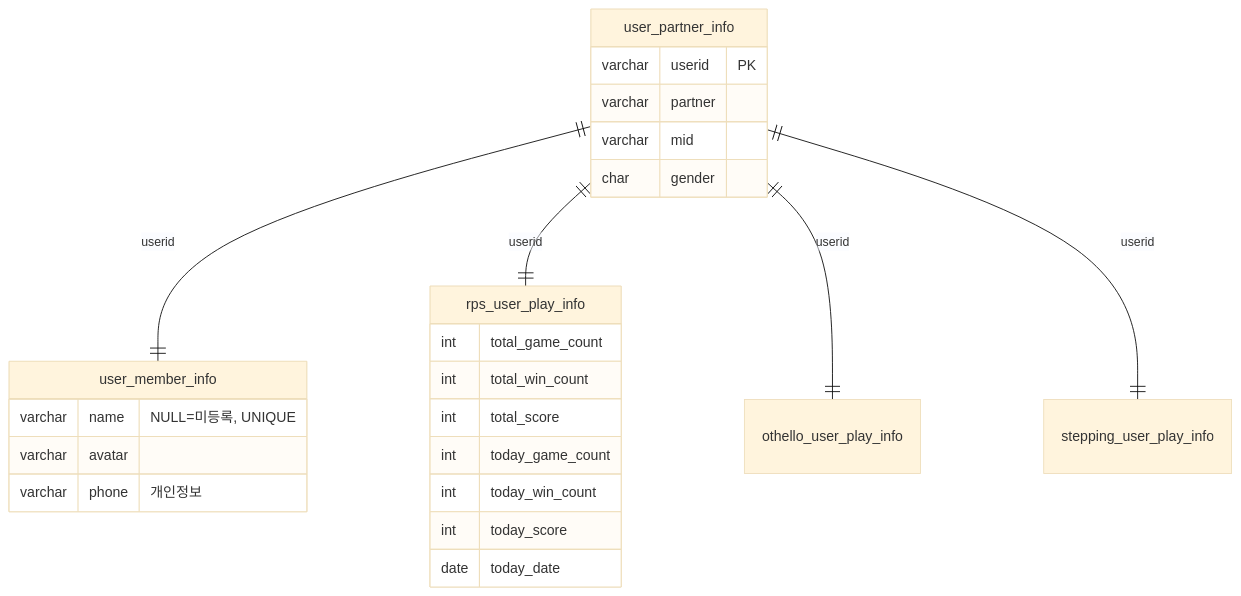
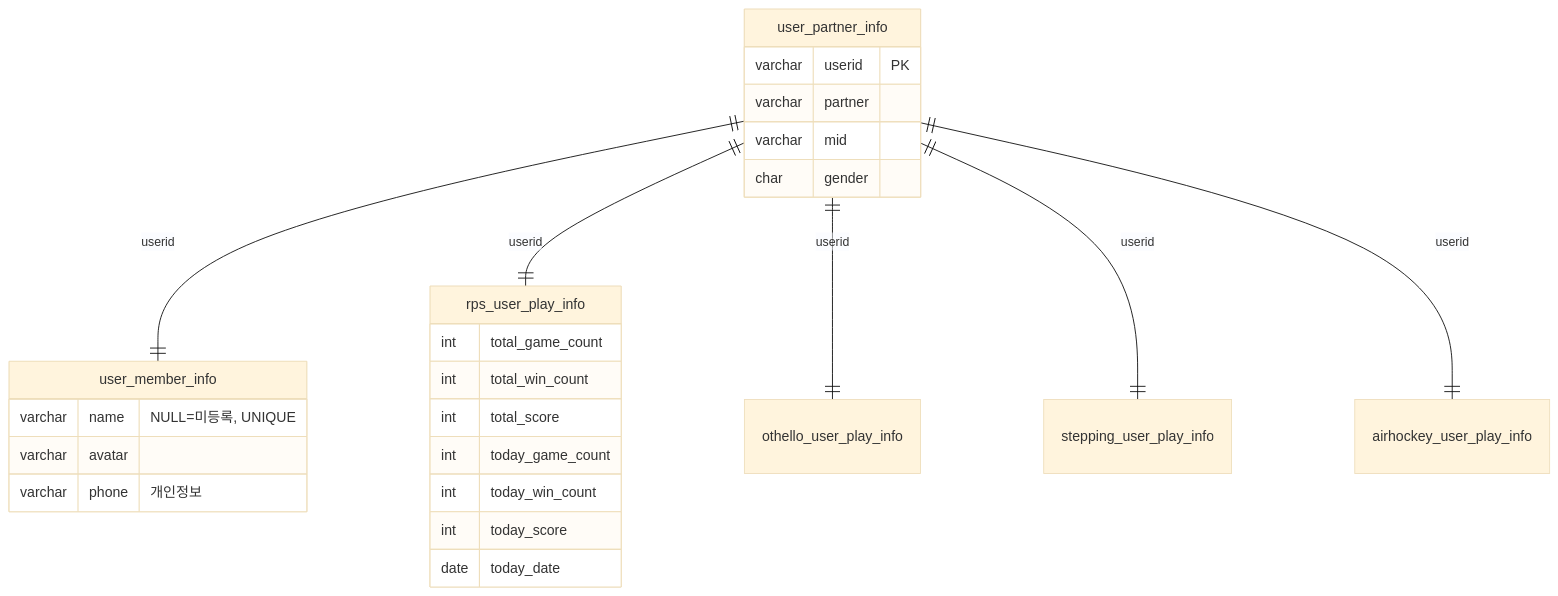
Before and after one commit to chadolcap/multi_game_vibe_coding_server_ruflo: the tenth of 10 diagrams in CLAUDE.md, drawn with Mermaid (base theme). The commit also changed other lines of this file and 28 other files, not shown here.

````diff
--- a/CLAUDE.md
+++ b/CLAUDE.md
@@ -485,27 +540,28 @@
 ```mermaid
 erDiagram
     user_partner_info ||--|| user_member_info : userid
     user_partner_info ||--|| rps_user_play_info : userid
     user_partner_info ||--|| othello_user_play_info : userid
     user_partner_info ||--|| stepping_user_play_info : userid
+    user_partner_info ||--|| airhockey_user_play_info : userid
     user_partner_info {
         varchar userid PK
         varchar partner
         varchar mid
         char gender
     }
     user_member_info {
         varchar name "NULL=미등록, UNIQUE"
         varchar avatar
         varchar phone "개인정보"
     }
     rps_user_play_info {
         int total_game_count
         int total_win_count
         int total_score
         int today_game_count
         int today_win_count
         int today_score
         date today_date
     }
 ```
````
